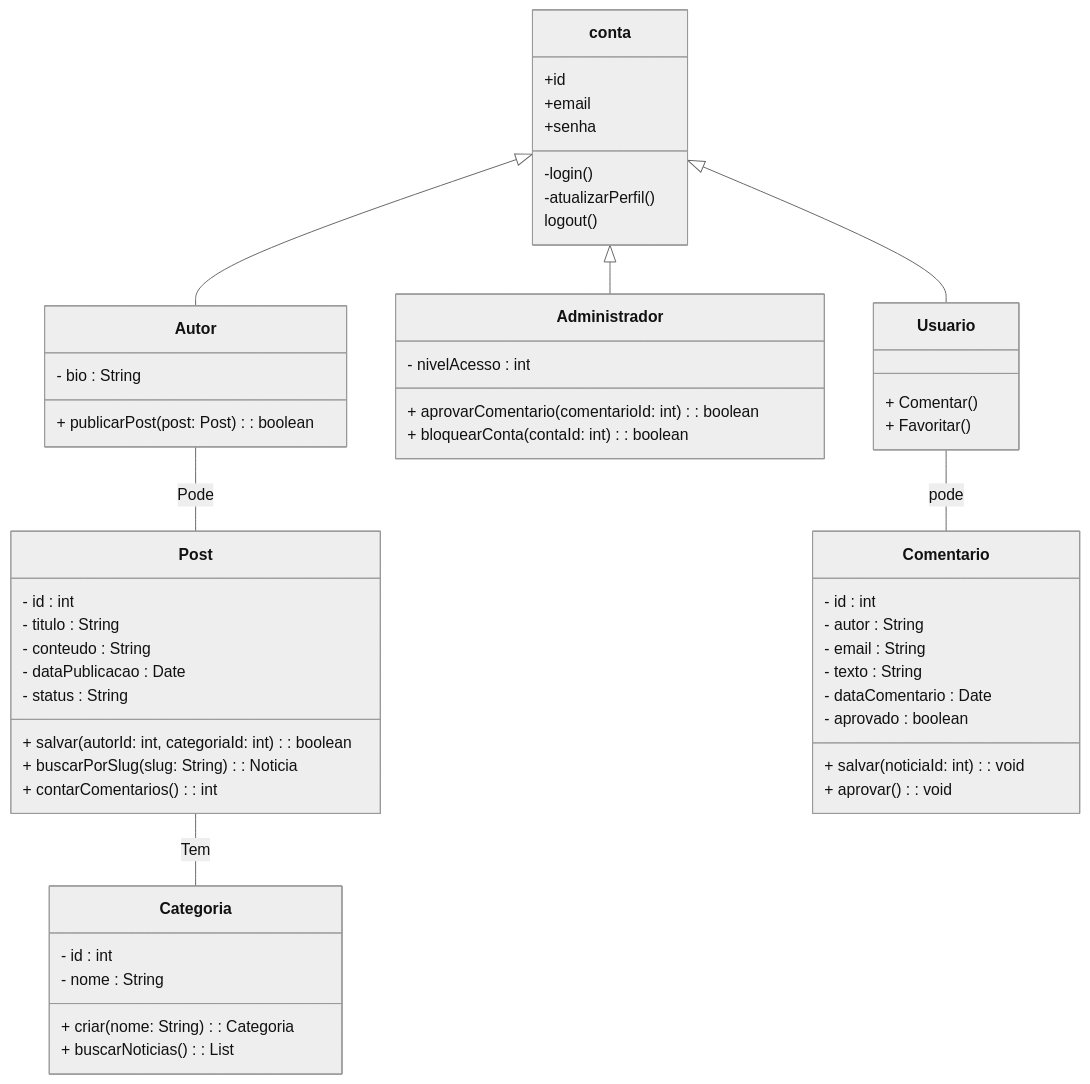
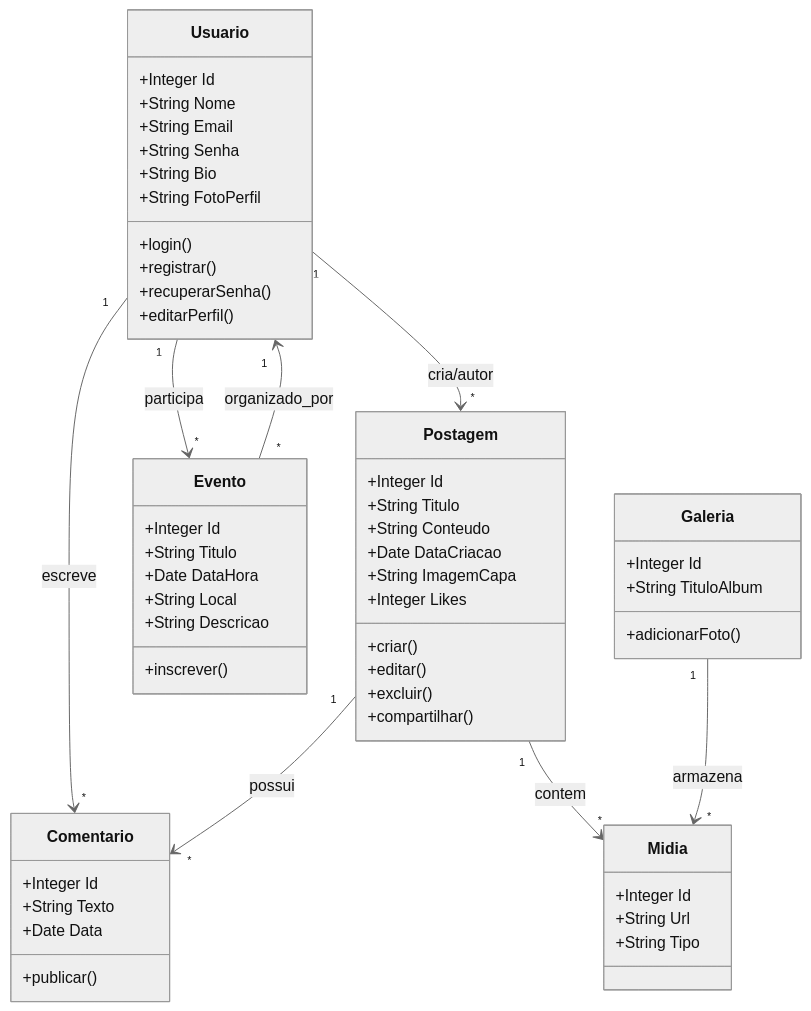
Before and after one commit to ProjetoIntegrador-2Semestre/GardiasDasAguas: the diagram in docs/diagramas/Diagrama de Classes.md, drawn with Mermaid (neutral theme).

Commit message:
:books:docs: update classDiagram

````diff
--- a/docs/diagramas/Diagrama de Classes.md
+++ b/docs/diagramas/Diagrama de Classes.md
@@ -3,54 +3,68 @@
 ```mermaid
 classDiagram
- conta <|-- Autor
- conta <|-- Administrador
- Autor -- Post : Pode
- Post -- Categoria : Tem
- conta <|-- Usuario
- Usuario -- Comentario : pode 
-conta : +id
- conta : +email
- conta : +senha
- conta : -login()
- conta : -atualizarPerfil()
- conta : logout() 
-class Comentario {
- - id : int
- - autor : String
- - email : String
- - texto : String
- - dataComentario : Date
- - aprovado : boolean
- + salvar(noticiaId: int) : void
- + aprovar() : void
- } 
-class Categoria {
- - id : int
- - nome : String
- + criar(nome: String) : Categoria
- + buscarNoticias() : List<Noticia>
- } 
-class Post {
- - id : int
- - titulo : String
- - conteudo : String
- - dataPublicacao : Date
- - status : String
- + salvar(autorId: int, categoriaId: int) : boolean
- + buscarPorSlug(slug: String) : Noticia
- + contarComentarios() : int
- } 
-class Administrador {
- - nivelAcesso : int
- + aprovarComentario(comentarioId: int) : boolean
- + bloquearConta(contaId: int) : boolean
- } 
-class Autor {
- - bio : String
- + publicarPost(post: Post) : boolean
- } 
-class Usuario { 
-+ Comentar()
- + Favoritar()
- }
+    class Usuario {
+        +Integer Id
+        +String Nome
+        +String Email
+        +String Senha
+        +String Bio
+        +String FotoPerfil
+        +login()
+        +registrar()
+        +recuperarSenha()
+        +editarPerfil()
+    }
+
+    class Postagem {
+        +Integer Id
+        +String Titulo
+        +String Conteudo
+        +Date DataCriacao
+        +String ImagemCapa
+        +Integer Likes
+        +criar()
+        +editar()
+        +excluir()
+        +compartilhar()
+    }
+
+    class Comentario {
+        +Integer Id
+        +String Texto
+        +Date Data
+        +publicar()
+    }
+
+    class Evento {
+        +Integer Id
+        +String Titulo
+        +Date DataHora
+        +String Local
+        +String Descricao
+        +inscrever()
+    }
+
+    class Galeria {
+        +Integer Id
+        +String TituloAlbum
+        +adicionarFoto()
+    }
+
+    class Midia {
+        +Integer Id
+        +String Url
+        +String Tipo
+    }
+
+    %% Relacionamentos
+    Usuario "1" --> "*" Postagem : cria/autor
+    Usuario "1" --> "*" Comentario : escreve
+    Usuario "1" --> "*" Evento : participa
+    
+    Postagem "1" --> "*" Comentario : possui
+    Postagem "1" --> "*" Midia : contem
+    
+    Galeria "1" --> "*" Midia : armazena
+    
+    Evento "*" --> "1" Usuario : organizado_por
 ```
````
